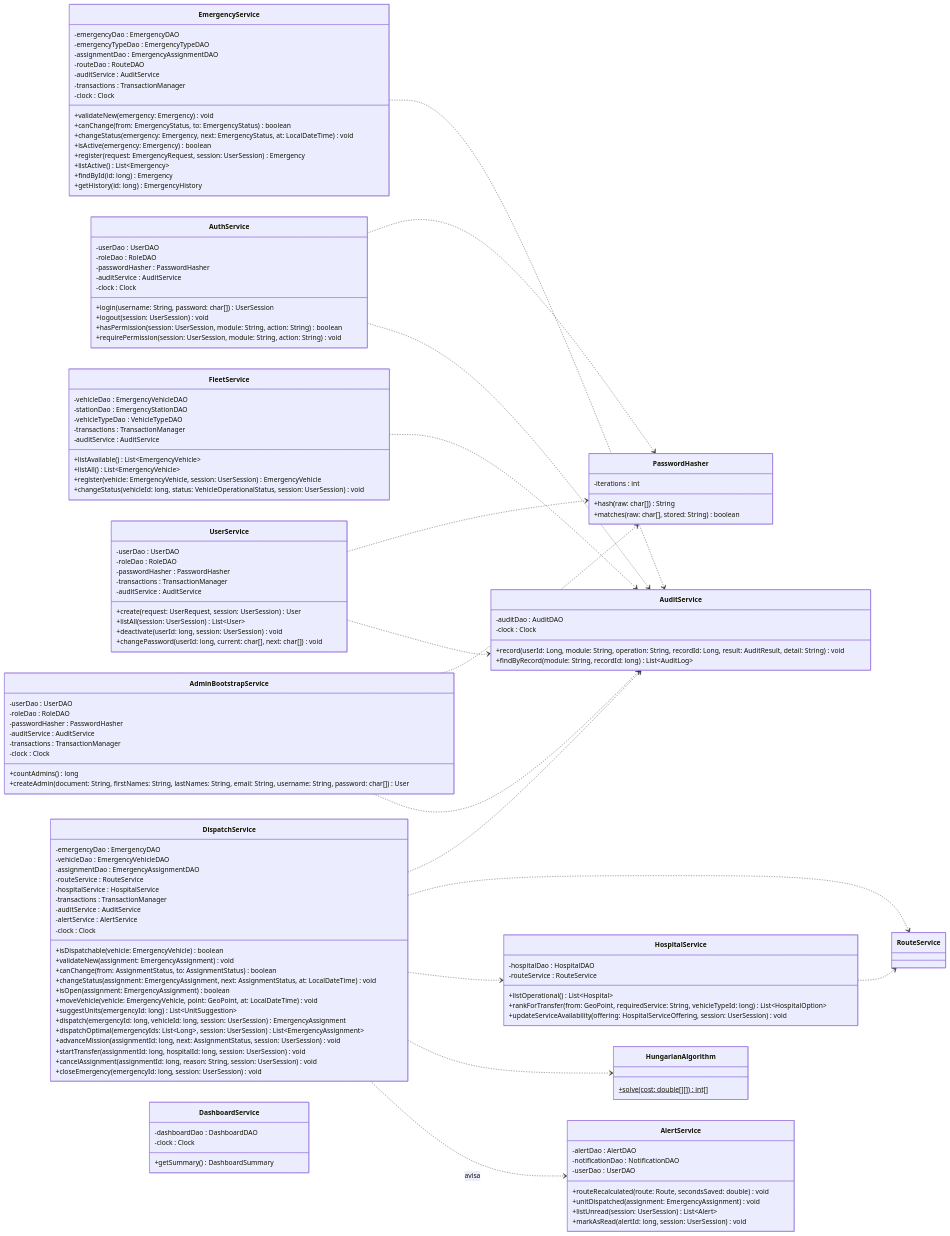
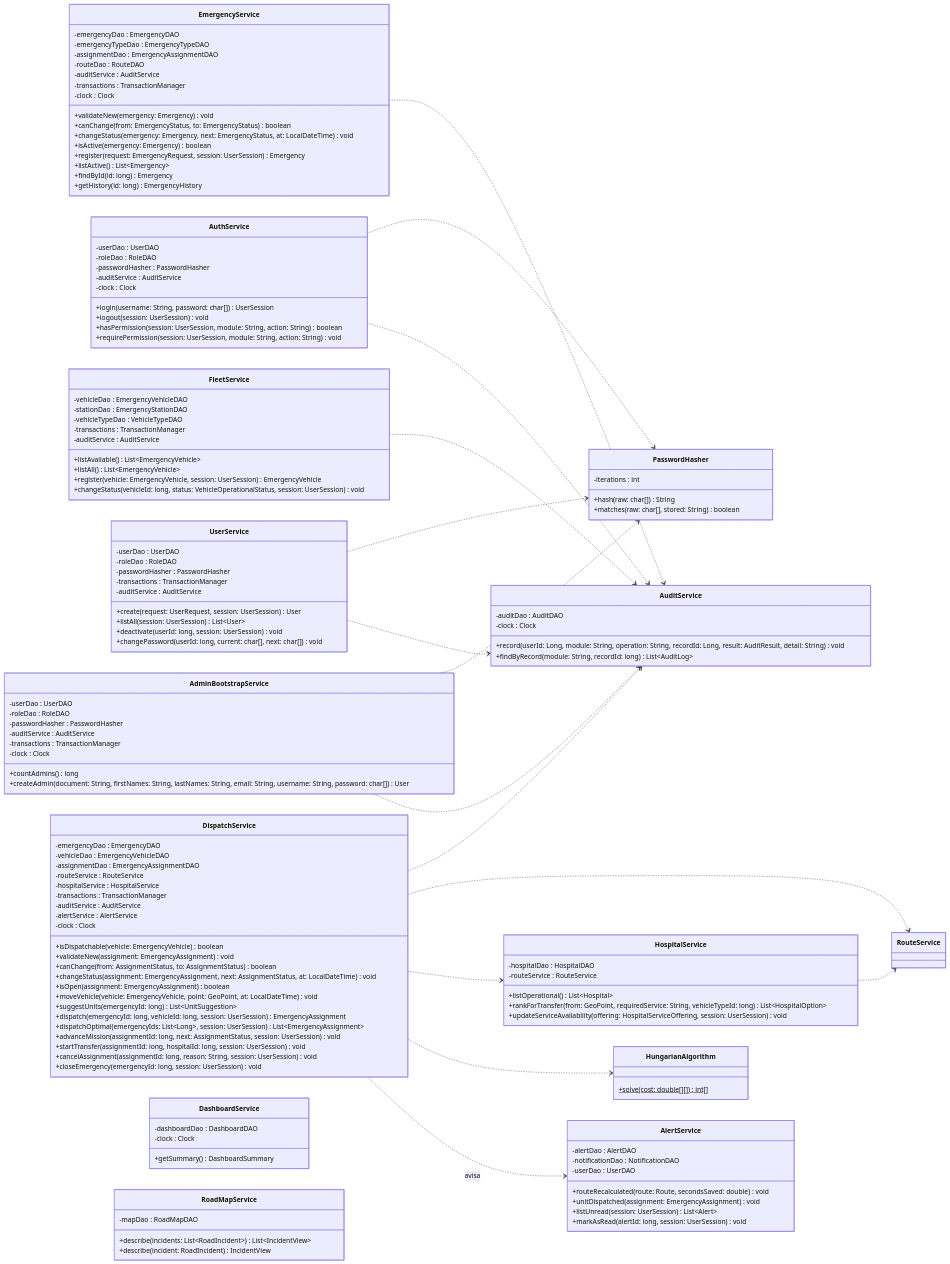
One commit to afzabaleta/RutaVida changed diagram 15 of 24 in docs/class-diagram.md. Above: the diagram before and after it, drawn with Mermaid. The commit also changed other lines of this file and 11 other files, not shown here.

Commit message:
feature: add-road-map-views

```diff
--- a/docs/class-diagram.md
+++ b/docs/class-diagram.md
@@ -1080,6 +1089,13 @@
         -clock : Clock
         +getSummary() DashboardSummary
     }
+    
+    class RoadMapService {
+        -mapDao : RoadMapDAO
+        +describe(incidents: List~RoadIncident~) List~IncidentView~
+        +describe(incident: RoadIncident) IncidentView
+    }
+    
     class AlertService {
         -alertDao : AlertDAO
         -notificationDao : NotificationDAO
```
